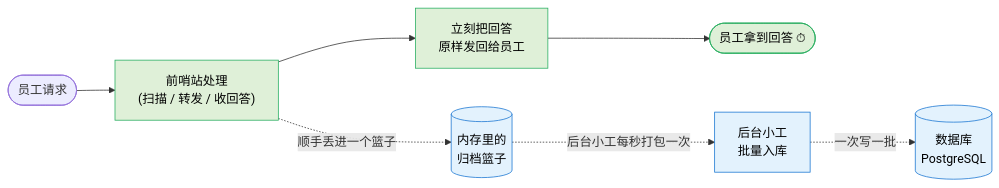
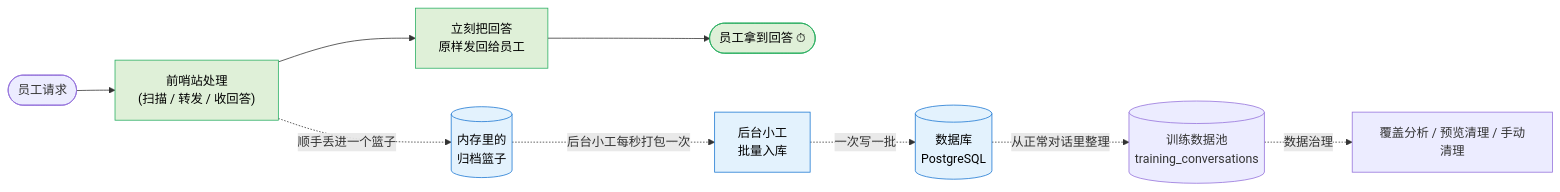
One commit to WarwickSong/NF-SafetyHub changed the diagram in 产品研发控制/科普流程图/S7_数据是怎么存下来的.md. Above: the diagram before and after it, drawn with Mermaid. The commit also changed other lines of this file and 13 other files, not shown here.

````diff
--- a/产品研发控制/科普流程图/S7_数据是怎么存下来的.md
+++ b/产品研发控制/科普流程图/S7_数据是怎么存下来的.md
@@ -5,16 +5,18 @@
 ```mermaid
 flowchart LR
     User(["员工请求"])
     User --> Hub["前哨站处理<br/>(扫描 / 转发 / 收回答)"]
     Hub --> Quick["立刻把回答<br/>原样发回给员工"]
     Quick --> Done(["员工拿到回答 ⏱"])
 
     Hub -. "顺手丢进一个篮子" .-> Basket[("内存里的<br/>归档篮子")]
     Basket -. "后台小工每秒打包一次" .-> Worker["后台小工<br/>批量入库"]
     Worker -. "一次写一批" .-> DB[("数据库<br/>PostgreSQL")]
+    DB -. "从正常对话里整理" .-> Train[("训练数据池<br/>training_conversations")]
+    Train -. "数据治理" .-> Clean["覆盖分析 / 预览清理 / 手动清理"]
 
     classDef fast fill:#dff0d8,stroke:#27ae60,color:#000
     classDef slow fill:#e3f2fd,stroke:#1976d2,color:#000
     class Hub,Quick,Done fast
     class Basket,Worker,DB slow
 ```
````
